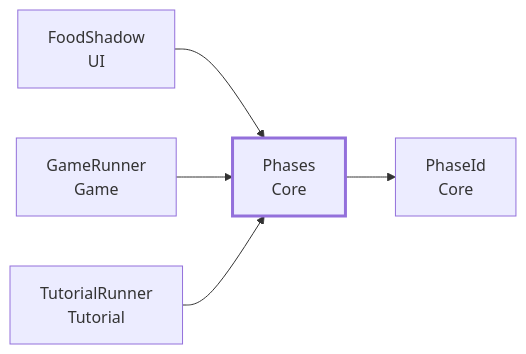
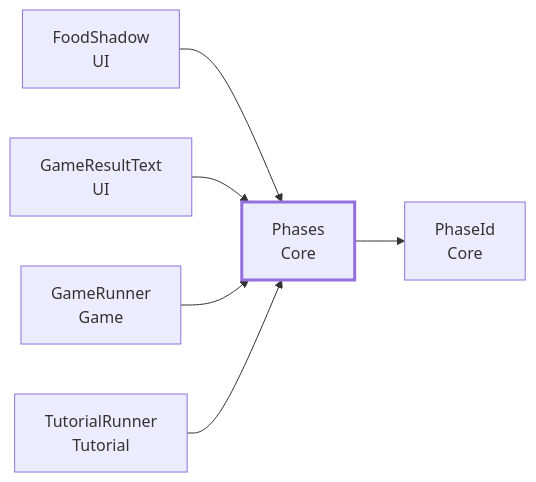
Before and after one commit to Fialuxe/MouthOfGod_System: diagram 18 of 23 in docs/api/Core.md, drawn with Mermaid. The commit also changed other lines of this file and 7 other files, not shown here.

First line of the commit message:
時間切れのあとに届けた数を正面に出す GameResultText を足す（#355）

````diff
--- a/docs/api/Core.md
+++ b/docs/api/Core.md
@@ -943,9 +947,10 @@
 ```mermaid
 flowchart LR
   C_Phases["Phases<br/>Core"]:::me
   U_FoodShadow["FoodShadow<br/>UI"] --> C_Phases
+  U_GameResultText["GameResultText<br/>UI"] --> C_Phases
   U_GameRunner["GameRunner<br/>Game"] --> C_Phases
   U_TutorialRunner["TutorialRunner<br/>Tutorial"] --> C_Phases
   C_Phases --> D_PhaseId["PhaseId<br/>Core"]
   classDef me stroke-width:3px
 ```
````
